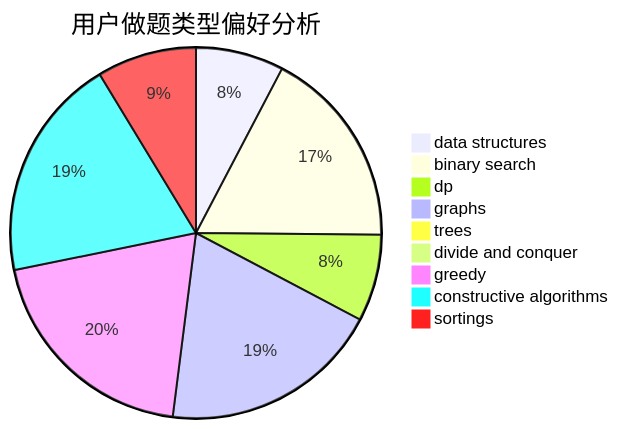
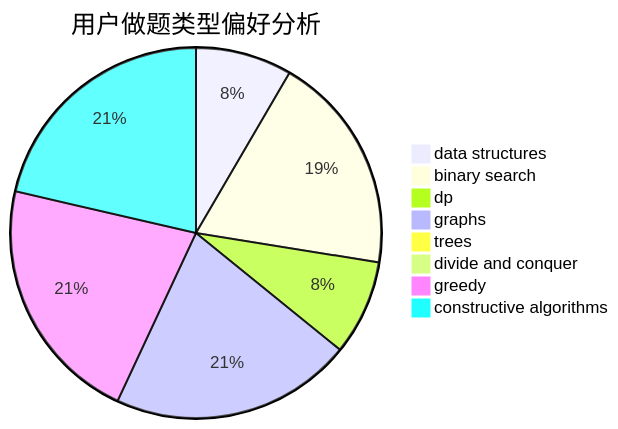
The second of 3 diagrams in docs/user/u211.md (sherpahu/cfrs.github.io), drawn with Mermaid before and after one commit. The commit also changed other lines of this file and 2769 other files, not shown here.

````diff
--- a/docs/user/u211.md
+++ b/docs/user/u211.md
@@ -18,12 +18,11 @@
 ```mermaid
 pie title 用户做题类型偏好分析
     "data structures" :  153
     "binary search" :  348
     "dp" :  151
     "graphs" :  384
     "trees" :  18
     "divide and conquer" :  0
     "greedy" :  394
     "constructive algorithms" :  389
-    "sortings" :  173
 ```
````
